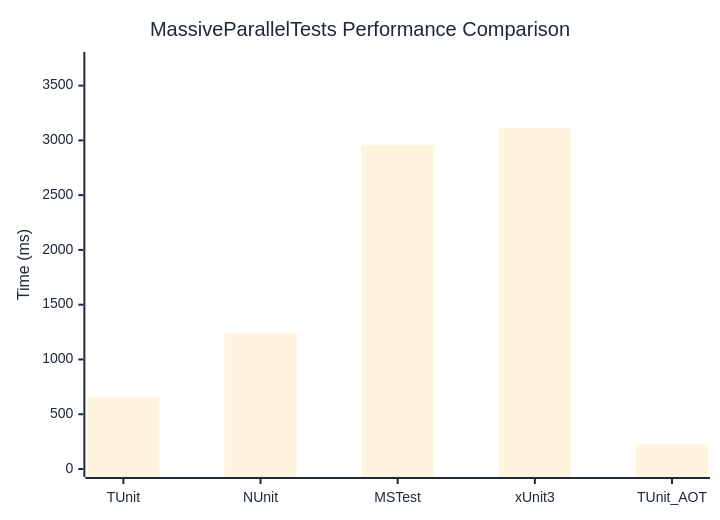
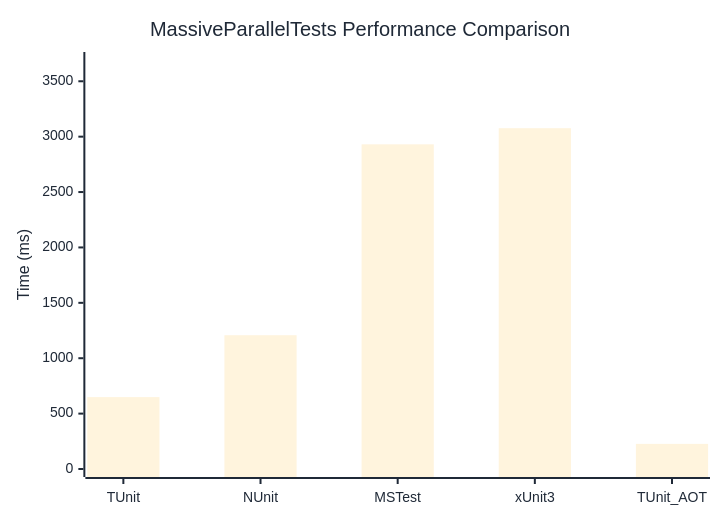
Before and after one commit to thomhurst/TUnit: the diagram in docs/docs/benchmarks/MassiveParallelTests.md, drawn with Mermaid. The commit also changed other lines of this file and 17 other files, not shown here.

````diff
--- a/docs/docs/benchmarks/MassiveParallelTests.md
+++ b/docs/docs/benchmarks/MassiveParallelTests.md
@@ -27,37 +27,37 @@
 ```mermaid
 %%{init: {
   'theme':'base',
   'themeVariables': {
     'primaryColor': '#2563eb',
     'primaryTextColor': '#1f2937',
     'primaryBorderColor': '#1e40af',
     'lineColor': '#6b7280',
     'secondaryColor': '#7c3aed',
     'tertiaryColor': '#dc2626',
     'background': '#ffffff',
     'mainBkg': '#2563eb',
     'secondBkg': '#7c3aed',
     'tertiaryBkg': '#dc2626',
     'clusterBkg': '#f3f4f6',
     'edgeLabelBackground': '#ffffff',
     'tertiaryTextColor': '#1f2937',
     'pie1': '#2563eb',
     'pie2': '#7c3aed',
     'pie3': '#dc2626',
     'pie4': '#f59e0b',
     'pie5': '#10b981',
     'pie6': '#06b6d4',
     'pie7': '#ec4899',
     'pie8': '#6366f1',
     'pie9': '#84cc16',
     'pie10': '#f97316',
     'pie11': '#14b8a6',
     'pie12': '#a855f7'
   }
 }}%%
 xychart-beta
   title "MassiveParallelTests Performance Comparison"
   x-axis ["TUnit", "NUnit", "MSTest", "xUnit3", "TUnit_AOT"]
-  y-axis "Time (ms)" 0 --> 3734
-  bar [655.6, 1240.5, 2960.1, 3111.2, 225.3]
+  y-axis "Time (ms)" 0 --> 3692
+  bar [649, 1207.6, 2930.7, 3076.4, 226.8]
 ```
````
